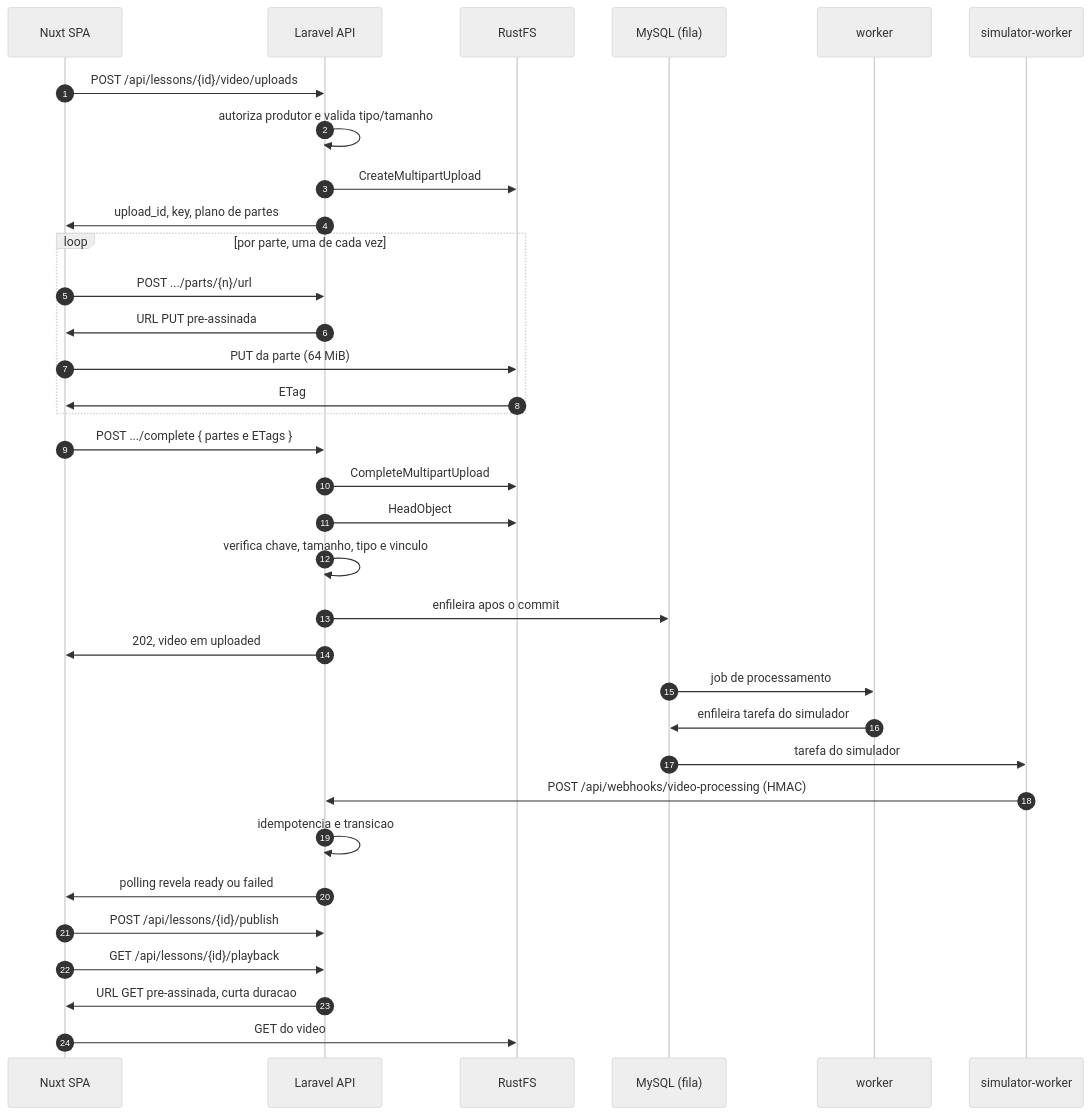
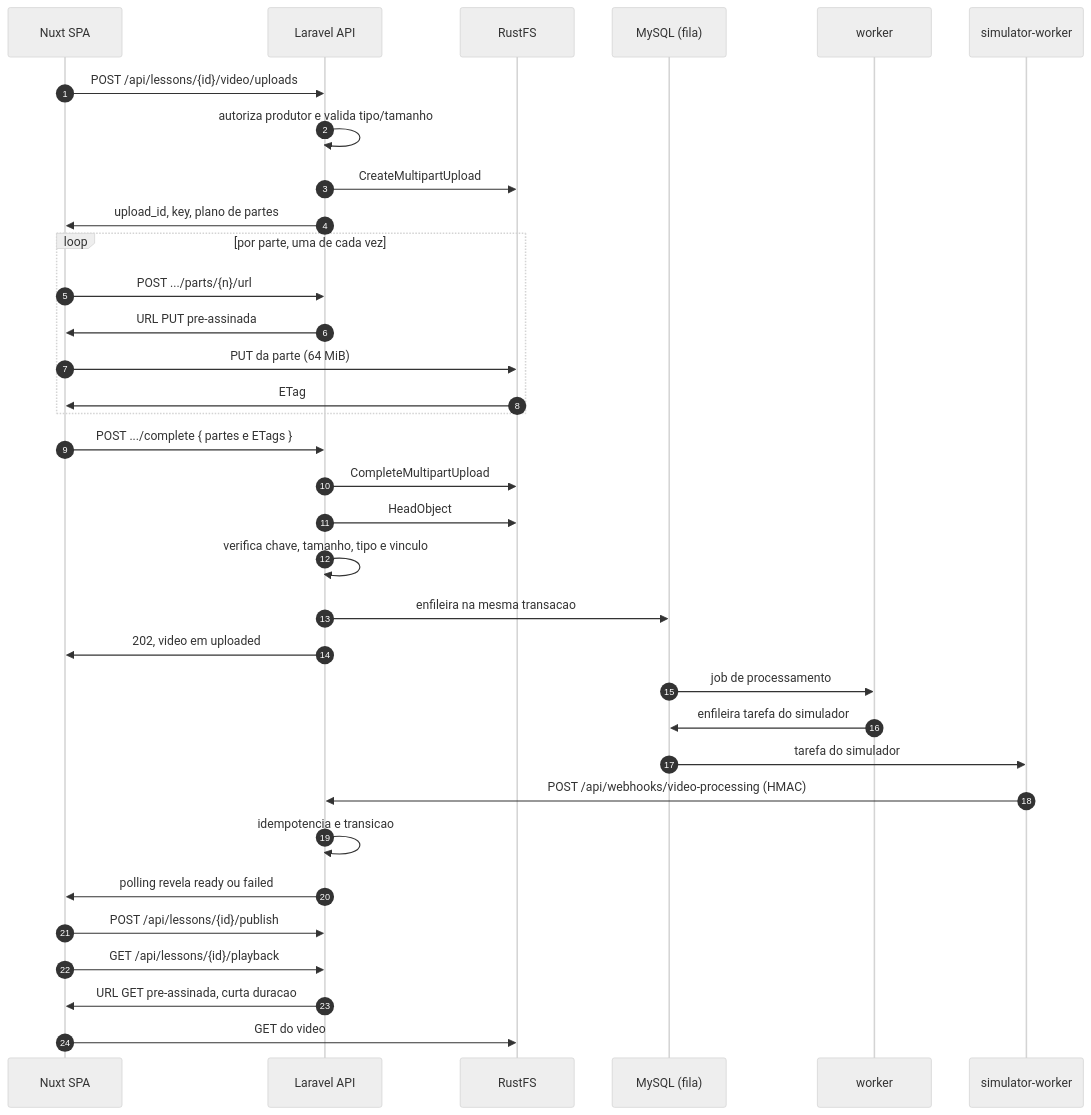
Before and after one commit to FelipeAugBn/video-platform-fullstack: the second of 2 diagrams in specs/001-video-platform/plan.md, drawn with Mermaid (neutral theme). The commit also changed other lines of this file and 10 other files, not shown here.

````diff
--- a/specs/001-video-platform/plan.md
+++ b/specs/001-video-platform/plan.md
@@ -128,37 +128,37 @@
 ```mermaid
 sequenceDiagram
     autonumber
     participant N as Nuxt SPA
     participant A as Laravel API
     participant S as RustFS
     participant Q as MySQL (fila)
     participant W as worker
     participant P as simulator-worker
 
     N->>A: POST /api/lessons/{id}/video/uploads
     A->>A: autoriza produtor e valida tipo/tamanho
     A->>S: CreateMultipartUpload
     A->>N: upload_id, key, plano de partes
     loop por parte, uma de cada vez
         N->>A: POST .../parts/{n}/url
         A->>N: URL PUT pre-assinada
         N->>S: PUT da parte (64 MiB)
         S->>N: ETag
     end
     N->>A: POST .../complete { partes e ETags }
     A->>S: CompleteMultipartUpload
     A->>S: HeadObject
     A->>A: verifica chave, tamanho, tipo e vinculo
-    A->>Q: enfileira apos o commit
+    A->>Q: enfileira na mesma transacao
     A->>N: 202, video em uploaded
     Q->>W: job de processamento
     W->>Q: enfileira tarefa do simulador
     Q->>P: tarefa do simulador
     P->>A: POST /api/webhooks/video-processing (HMAC)
     A->>A: idempotencia e transicao
     A->>N: polling revela ready ou failed
     N->>A: POST /api/lessons/{id}/publish
     N->>A: GET /api/lessons/{id}/playback
     A->>N: URL GET pre-assinada, curta duracao
     N->>S: GET do video
 ```
````
